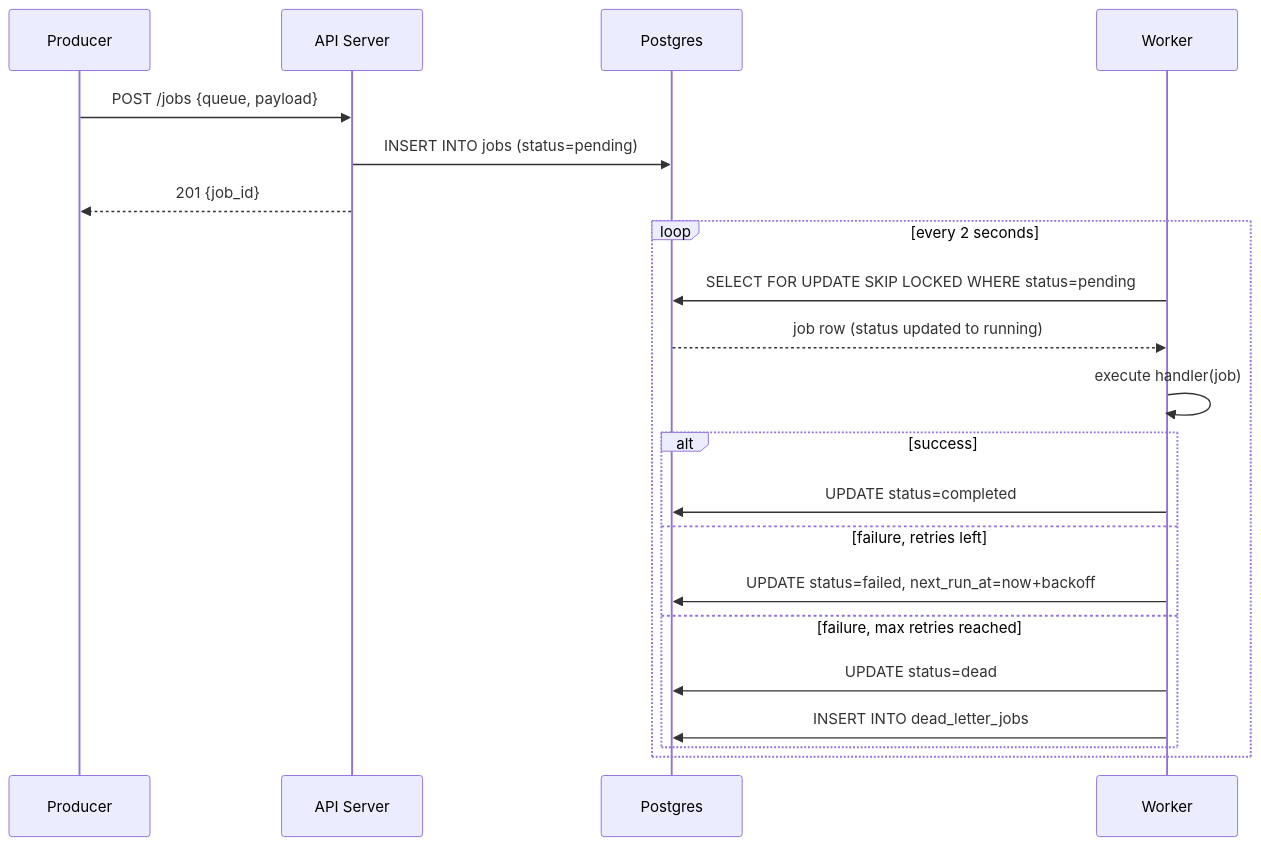
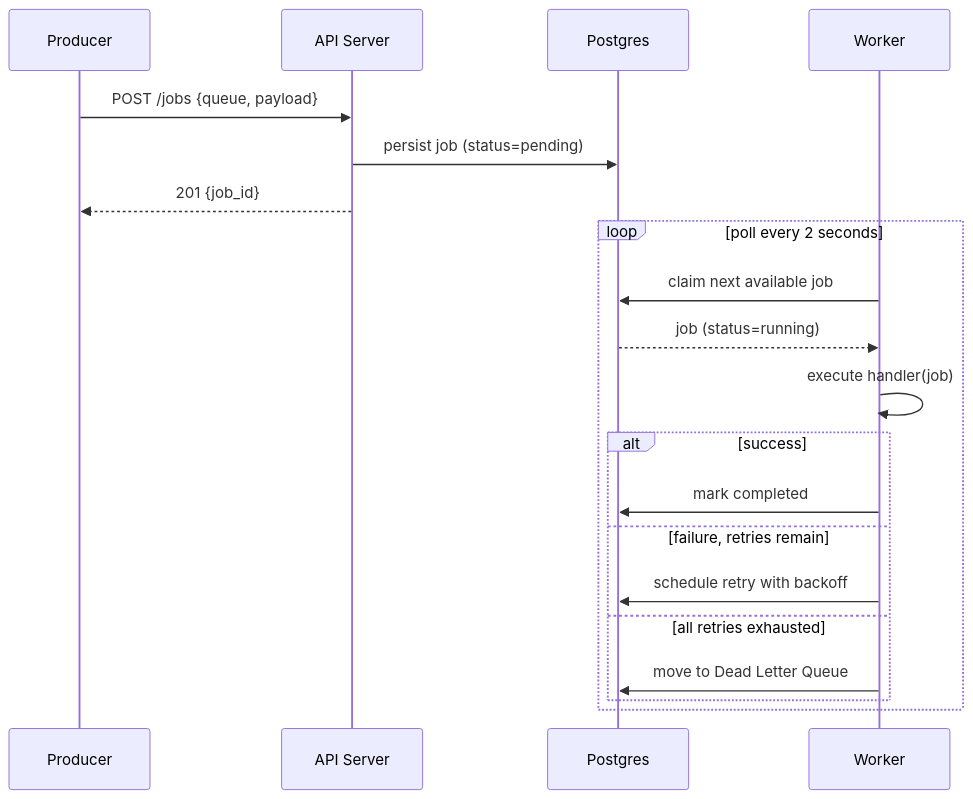
One commit to aman7401/taskqueue changed the second of 3 diagrams in docs/HLD.md. Above: the diagram before and after it, drawn with Mermaid. The commit also changed other lines of this file and 1 other file, not shown here.

````diff
--- a/docs/HLD.md
+++ b/docs/HLD.md
@@ -33,25 +59,24 @@
 ```mermaid
 sequenceDiagram
     participant P as Producer
     participant A as API Server
     participant DB as Postgres
     participant W as Worker
 
     P->>A: POST /jobs {queue, payload}
-    A->>DB: INSERT INTO jobs (status=pending)
+    A->>DB: persist job (status=pending)
     A-->>P: 201 {job_id}
 
-    loop every 2 seconds
-        W->>DB: SELECT FOR UPDATE SKIP LOCKED WHERE status=pending
-        DB-->>W: job row (status updated to running)
+    loop poll every 2 seconds
+        W->>DB: claim next available job
+        DB-->>W: job (status=running)
         W->>W: execute handler(job)
         alt success
-            W->>DB: UPDATE status=completed
-        else failure, retries left
-            W->>DB: UPDATE status=failed, next_run_at=now+backoff
-        else failure, max retries reached
-            W->>DB: UPDATE status=dead
-            W->>DB: INSERT INTO dead_letter_jobs
+            W->>DB: mark completed
+        else failure, retries remain
+            W->>DB: schedule retry with backoff
+        else all retries exhausted
+            W->>DB: move to Dead Letter Queue
         end
     end
 ```
````
